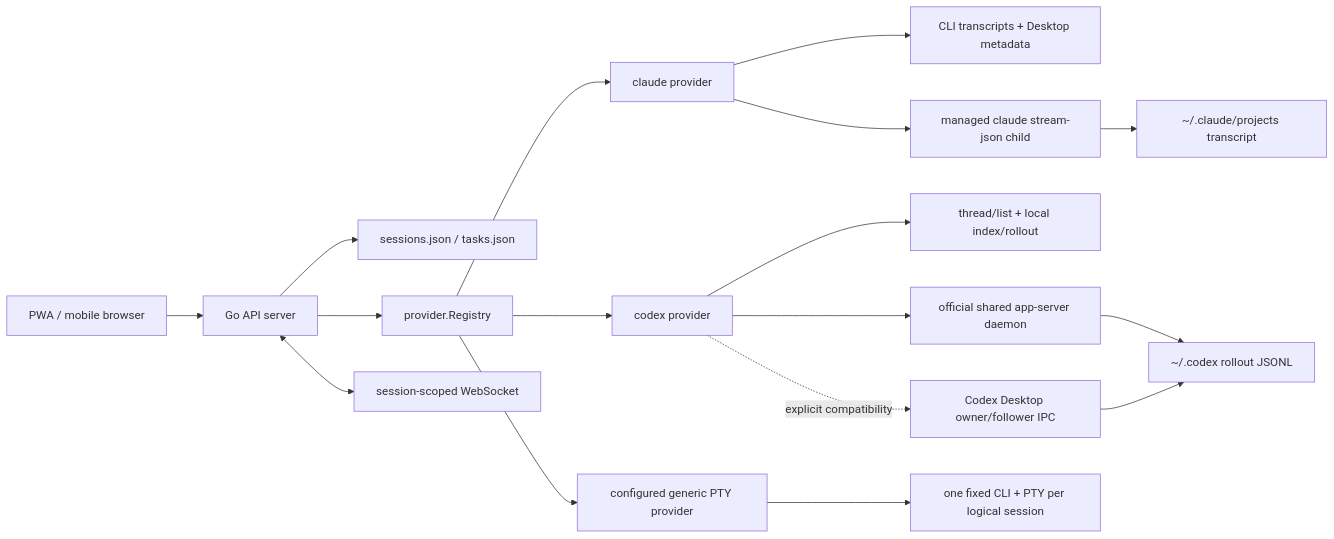
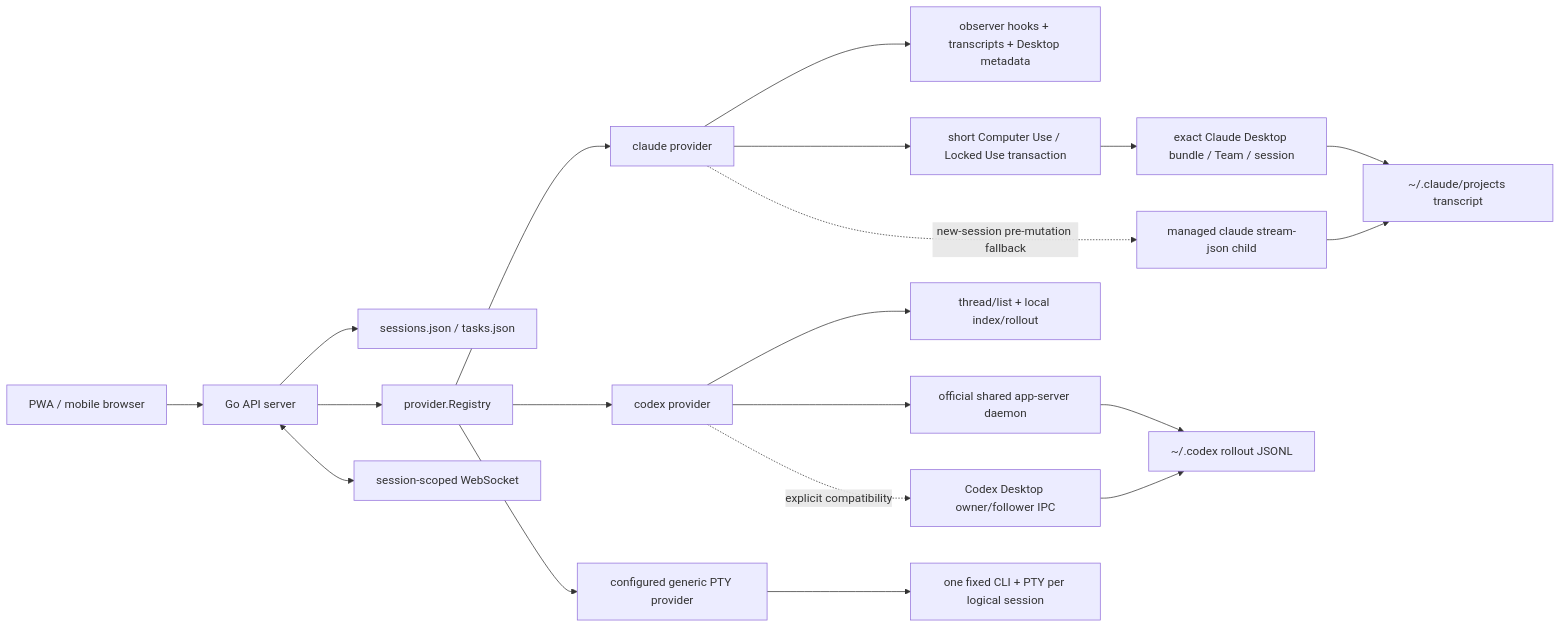
One commit to psyche08/remote-agent changed the diagram in docs/provider-architecture.md. Above: the diagram before and after it, drawn with Mermaid. The commit also changed other lines of this file and 153 other files, not shown here.

Commit message:
feat: add AgentHalo locked desktop automation

````diff
--- a/docs/provider-architecture.md
+++ b/docs/provider-architecture.md
@@ -25,22 +30,25 @@
 ```mermaid
 flowchart LR
     PWA["PWA / mobile browser"] --> API["Go API server"]
     API --> Store["sessions.json / tasks.json"]
     API --> Registry["provider.Registry"]
     API <--> WS["session-scoped WebSocket"]
 
     Registry --> Claude["claude provider"]
-    Claude --> ClaudeDiscovery["CLI transcripts + Desktop metadata"]
-    Claude --> ClaudeCLI["managed claude stream-json child"]
-    ClaudeCLI --> ClaudeTranscript["~/.claude/projects transcript"]
+    Claude --> ClaudeDiscovery["observer hooks + transcripts + Desktop metadata"]
+    Claude --> ClaudeDesktop["short Computer Use / Locked Use transaction"]
+    ClaudeDesktop --> ClaudeApp["exact Claude Desktop bundle / Team / session"]
+    Claude -. "new-session pre-mutation fallback" .-> ClaudeCLI["managed claude stream-json child"]
+    ClaudeApp --> ClaudeTranscript["~/.claude/projects transcript"]
+    ClaudeCLI --> ClaudeTranscript
 
     Registry --> Codex["codex provider"]
     Codex --> CodexDiscovery["thread/list + local index/rollout"]
     Codex --> AppServer["official shared app-server daemon"]
     Codex -. explicit compatibility .-> DesktopIPC["Codex Desktop owner/follower IPC"]
     AppServer --> Rollout["~/.codex rollout JSONL"]
     DesktopIPC --> Rollout
 
     Registry --> GenericPTY["configured generic PTY provider"]
     GenericPTY --> PTYChild["one fixed CLI + PTY per logical session"]
 ```
````
